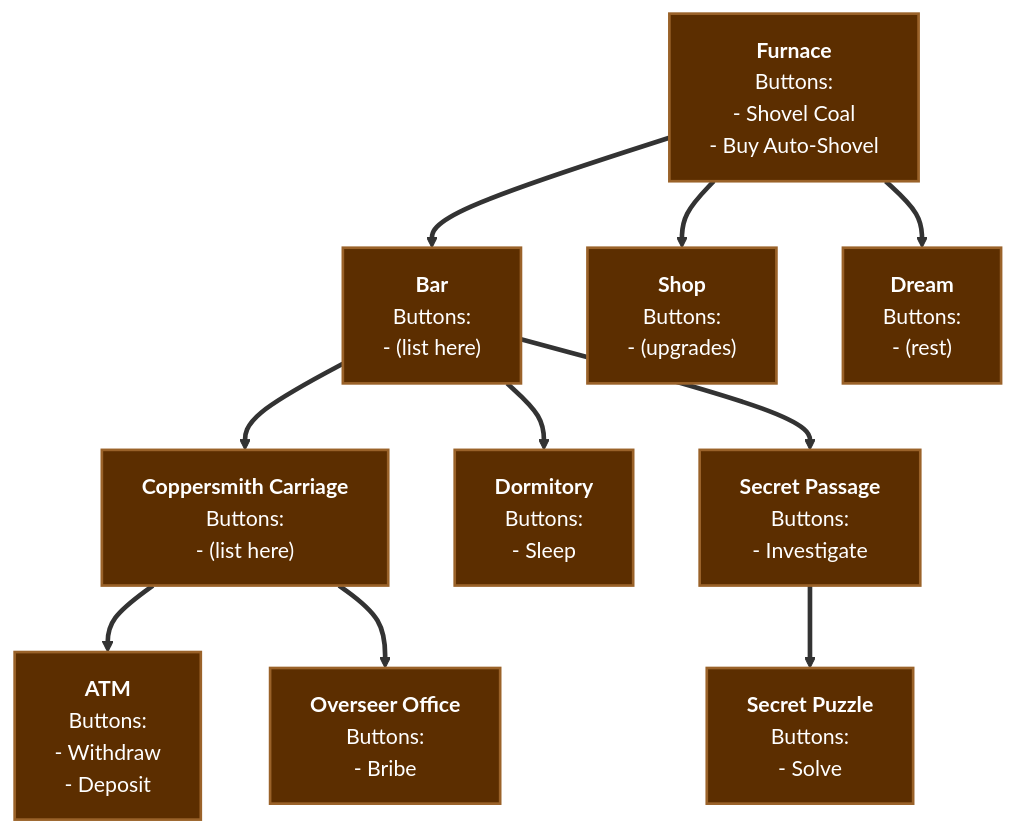
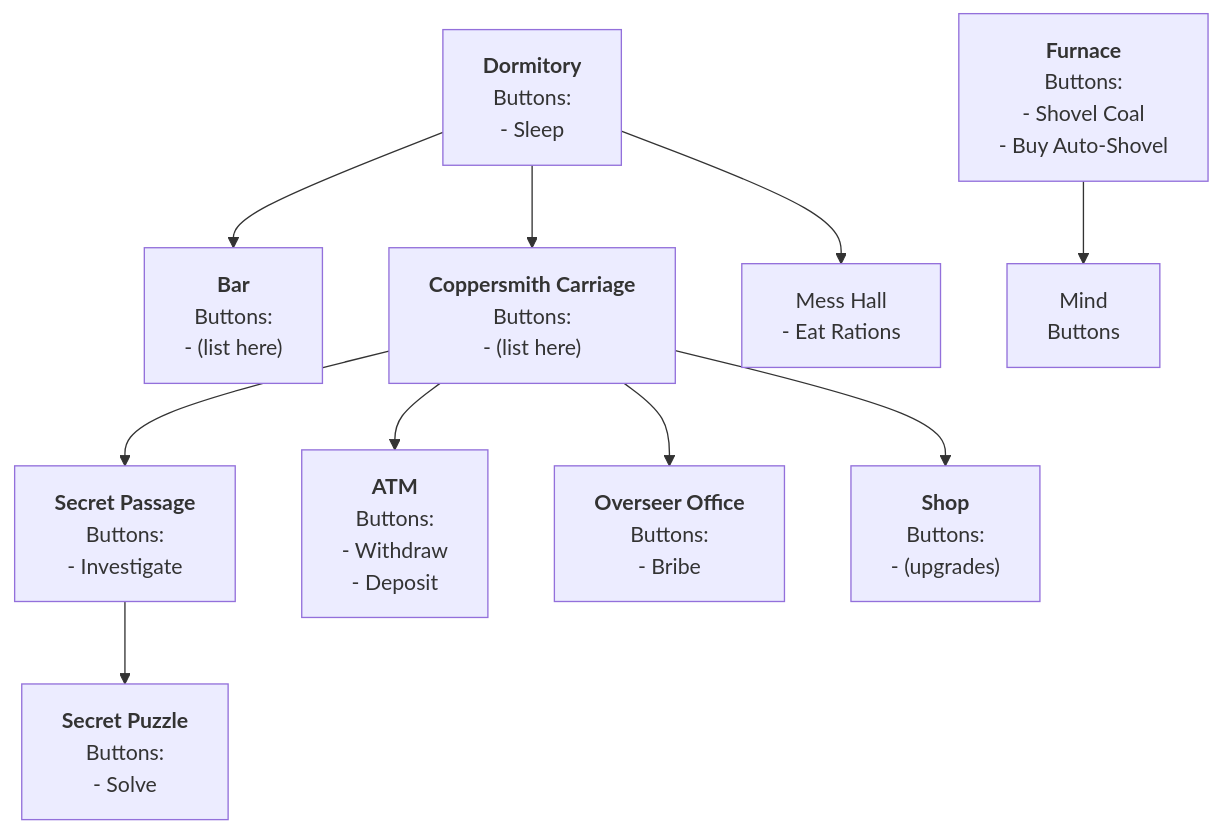
One commit to noahval/GoA changed the diagram in .claude/plans/2/2.1-scene-network.mmd. Above: the diagram before and after it, drawn with Mermaid. The commit also changed 368 other files, not shown here.

```diff
--- a/.claude/plans/2/2.1-scene-network.mmd
+++ b/.claude/plans/2/2.1-scene-network.mmd
@@ -1,37 +1,5 @@
-graph TB
-    %% === COPPER ERA SCENES ===
-
-    furnace["<b>Furnace</b><br/>Buttons:<br/>- Shovel Coal<br/>- Buy Auto-Shovel"]
-
-    bar["<b>Bar</b><br/>Buttons:<br/>- (list here)"]
-
-    shop["<b>Shop</b><br/>Buttons:<br/>- (upgrades)"]
-
-    dream["<b>Dream</b><br/>Buttons:<br/>- (rest)"]
-
-    carriage["<b>Coppersmith Carriage</b><br/>Buttons:<br/>- (list here)"]
-
-    atm["<b>ATM</b><br/>Buttons:<br/>- Withdraw<br/>- Deposit"]
-
-    dorm["<b>Dormitory</b><br/>Buttons:<br/>- Sleep"]
-
-    secret["<b>Secret Passage</b><br/>Buttons:<br/>- Investigate"]
-
-    puzzle["<b>Secret Puzzle</b><br/>Buttons:<br/>- Solve"]
-
-    office["<b>Overseer Office</b><br/>Buttons:<br/>- Bribe"]
-
-    %% Bidirectional Navigation (one arrow = forward + back buttons)
-    furnace ==> bar
-    furnace ==> shop
-    furnace ==> dream
-    bar ==> carriage
-    bar ==> dorm
-    bar ==> secret
-    carriage ==> atm
-    carriage ==> office
-    secret ==> puzzle
-
-    %% Styling
-    classDef copperScene fill:#5c2e00,stroke:#9a6229,stroke-width:2px,color:#fff
-    class furnace,bar,shop,dream,carriage,atm,dorm,secret,puzzle,office copperScene
+flowchart TB
+    dorm["<b>Dormitory</b><br>Buttons:<br>- Sleep"] --> bar["<b>Bar</b><br>Buttons:<br>- (list here)"] & carriage["<b>Coppersmith Carriage</b><br>Buttons:<br>- (list here)"] & n2["Mess Hall<br>- Eat Rations"]
+    furnace["<b>Furnace</b><br>Buttons:<br>- Shovel Coal<br>- Buy Auto-Shovel"] --> n1["Mind<br>Buttons"]
+    carriage --> secret["<b>Secret Passage</b><br>Buttons:<br>- Investigate"] & atm["<b>ATM</b><br>Buttons:<br>- Withdraw<br>- Deposit"] & office["<b>Overseer Office</b><br>Buttons:<br>- Bribe"] & shop["<b>Shop</b><br>Buttons:<br>- (upgrades)"]
+    secret --> puzzle["<b>Secret Puzzle</b><br>Buttons:<br>- Solve"]
```
